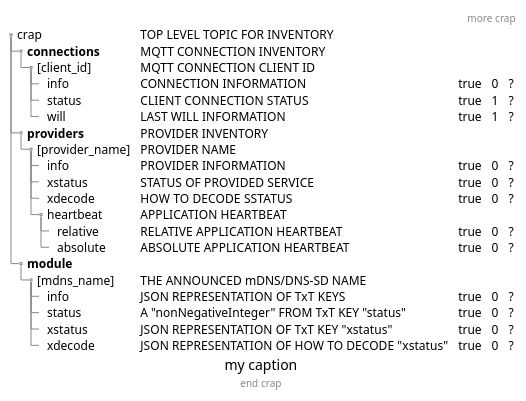
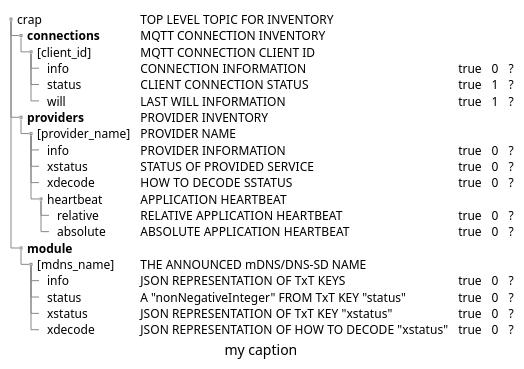
The diagram in puml-linktest/crap.puml (ITxPT/schematest), drawn with PlantUML before and after one commit.

```diff
--- a/puml-linktest/crap.puml
+++ b/puml-linktest/crap.puml
@@ -1,34 +1,34 @@
 @startsalt (id=crap)
 'title test crap
-header only crap
+
 {
 {T
 ' test crap
-header more crap
+
 + crap | TOP LEVEL TOPIC FOR INVENTORY
 ++ **connections** | MQTT CONNECTION INVENTORY
 +++ [client_id] | MQTT CONNECTION CLIENT ID
 ++++ info | CONNECTION INFORMATION | true | 0 | ?
 ++++ status | CLIENT CONNECTION STATUS | true | 1 | ?
 ++++ will | LAST WILL INFORMATION | true | 1 | ?
 
 ++ **providers** | PROVIDER INVENTORY
 +++ [provider_name] | PROVIDER NAME
 ++++ info | PROVIDER INFORMATION | true | 0 | ?
 ++++ xstatus | STATUS OF PROVIDED SERVICE | true | 0 | ?
 ++++ xdecode | HOW TO DECODE SSTATUS | true | 0 | ?
 ++++ heartbeat | APPLICATION HEARTBEAT
 +++++ relative | RELATIVE APPLICATION HEARTBEAT | true | 0 | ?
 +++++ absolute | ABSOLUTE APPLICATION HEARTBEAT | true | 0 | ?
 
 ++ **module**
 +++ [mdns_name] | THE ANNOUNCED mDNS/DNS-SD NAME
 ++++ info | JSON REPRESENTATION OF TxT KEYS | true | 0 | ?
 ++++ status | A "nonNegativeInteger" FROM TxT KEY "status" | true | 0 | ?
 ++++ xstatus | JSON REPRESENTATION OF TxT KEY "xstatus" | true | 0 | ?
 ++++ xdecode | JSON REPRESENTATION OF HOW TO DECODE "xstatus" | true | 0 | ?
 caption my caption
-footer end crap
+
 }
 }
 @endsalt
```
